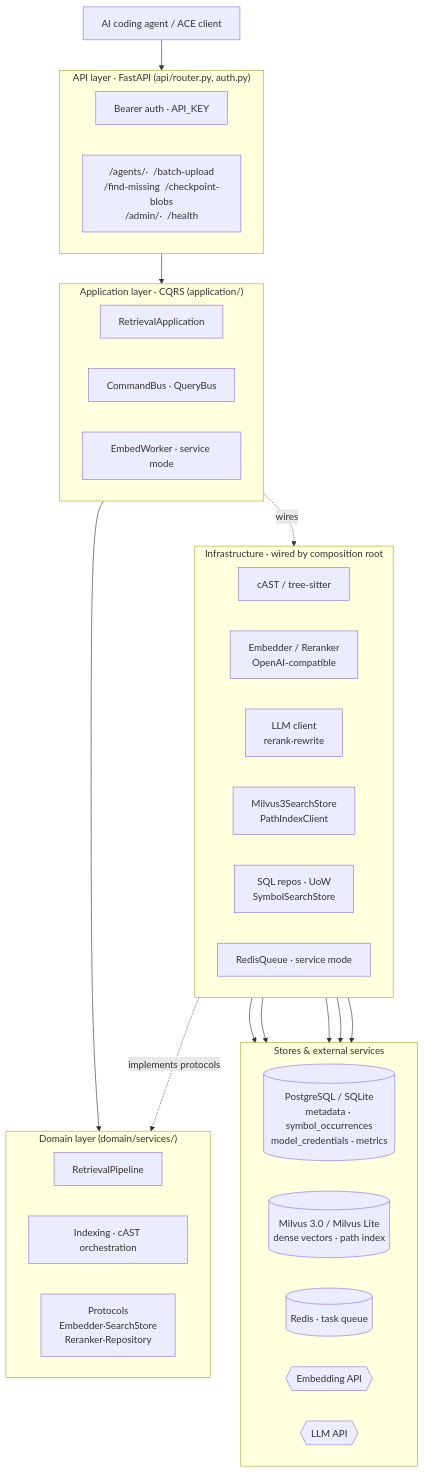
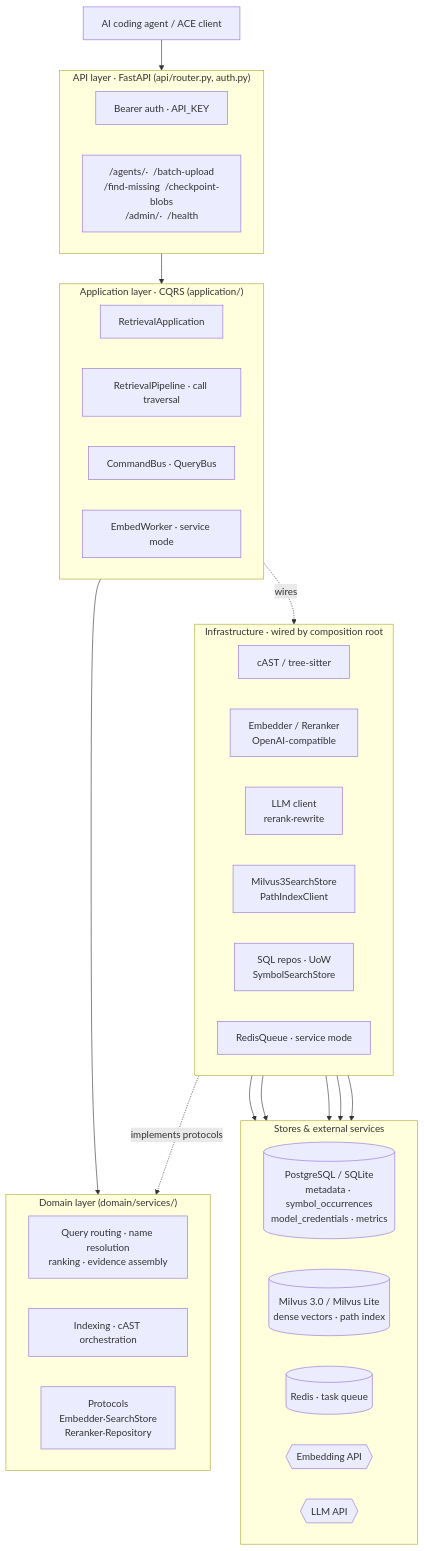
Before and after one commit to JasonEX/oce: the first of 2 diagrams in README.md, drawn with Mermaid. The commit also changed other lines of this file and 40 other files, not shown here.

First line of the commit message:
refactor(retrieval): separate request routing and evidence policies

````diff
--- a/README.md
+++ b/README.md
@@ -501,55 +509,56 @@
 ```mermaid
 flowchart TB
     Client["AI coding agent / ACE client"]
 
     subgraph API["API layer · FastAPI (api/router.py, auth.py)"]
         direction LR
         Auth["Bearer auth · API_KEY"]
         Endpoints["/agents/·  /batch-upload<br/>/find-missing  /checkpoint-blobs<br/>/admin/·  /health"]
     end
 
     subgraph APP["Application layer · CQRS (application/)"]
         direction LR
         AppSvc["RetrievalApplication"]
+        Pipeline["RetrievalPipeline · call traversal"]
         Buses["CommandBus · QueryBus"]
         Worker["EmbedWorker · service mode"]
     end
 
     subgraph DOMAIN["Domain layer (domain/services/)"]
         direction LR
-        Pipeline["RetrievalPipeline"]
+        Policies["Query routing · name resolution<br/>ranking · evidence assembly"]
         Indexing["Indexing · cAST orchestration"]
         Proto["Protocols<br/>Embedder·SearchStore<br/>Reranker·Repository"]
     end
 
     subgraph INFRA["Infrastructure · wired by composition root"]
         direction LR
         Chunker["cAST / tree-sitter"]
         Embed["Embedder / Reranker<br/>OpenAI-compatible"]
         LLMC["LLM client<br/>rerank·rewrite"]
         Vector["Milvus3SearchStore<br/>PathIndexClient"]
         Sql["SQL repos · UoW<br/>SymbolSearchStore"]
         RedisQ["RedisQueue · service mode"]
     end
 
     subgraph STORE["Stores & external services"]
         direction LR
         DB[("PostgreSQL / SQLite<br/>metadata · symbol_occurrences<br/>model_credentials · metrics")]
         Milvus[("Milvus 3.0 / Milvus Lite<br/>dense vectors · path index")]
         Redis[("Redis · task queue")]
         EmbedAPI{{"Embedding API"}}
         LLMAPI{{"LLM API"}}
     end
 
     Client --> API
     API --> APP
     APP --> DOMAIN
     APP -. wires .-> INFRA
     INFRA -. implements protocols .-> DOMAIN
 
     Embed --> EmbedAPI
     LLMC --> LLMAPI
     Vector --> Milvus
     Sql --> DB
     RedisQ --> Redis
 ```
````
